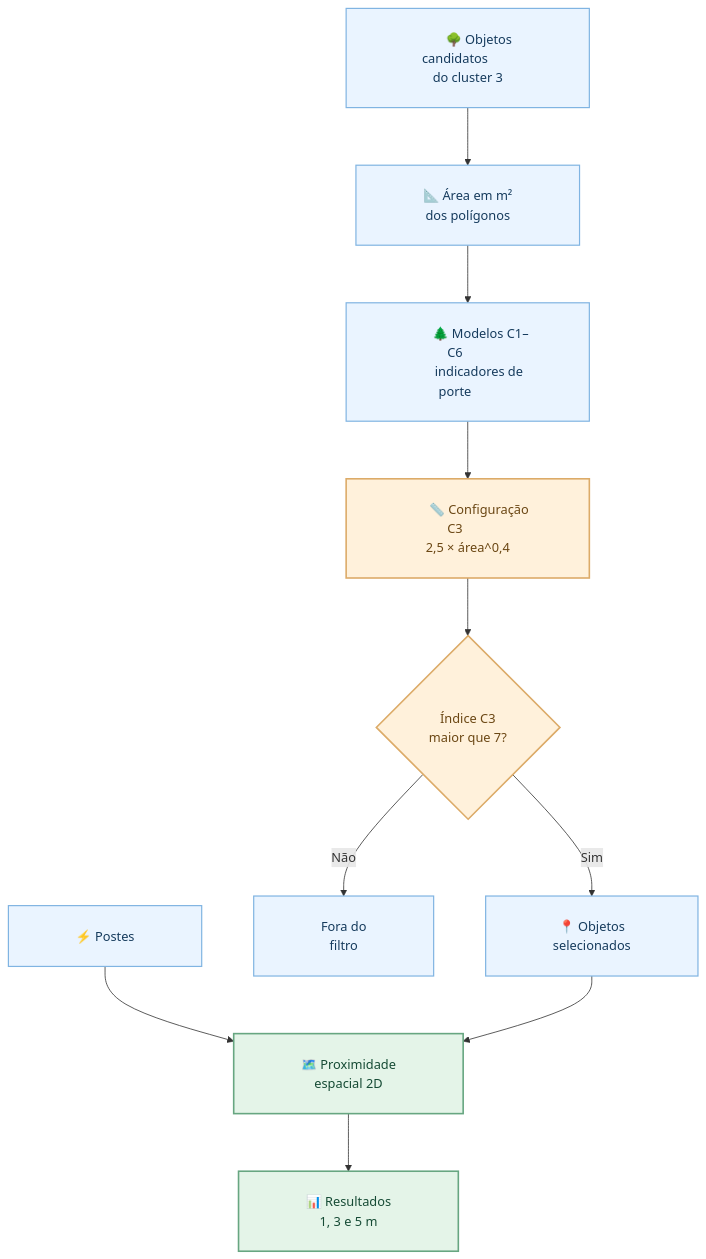
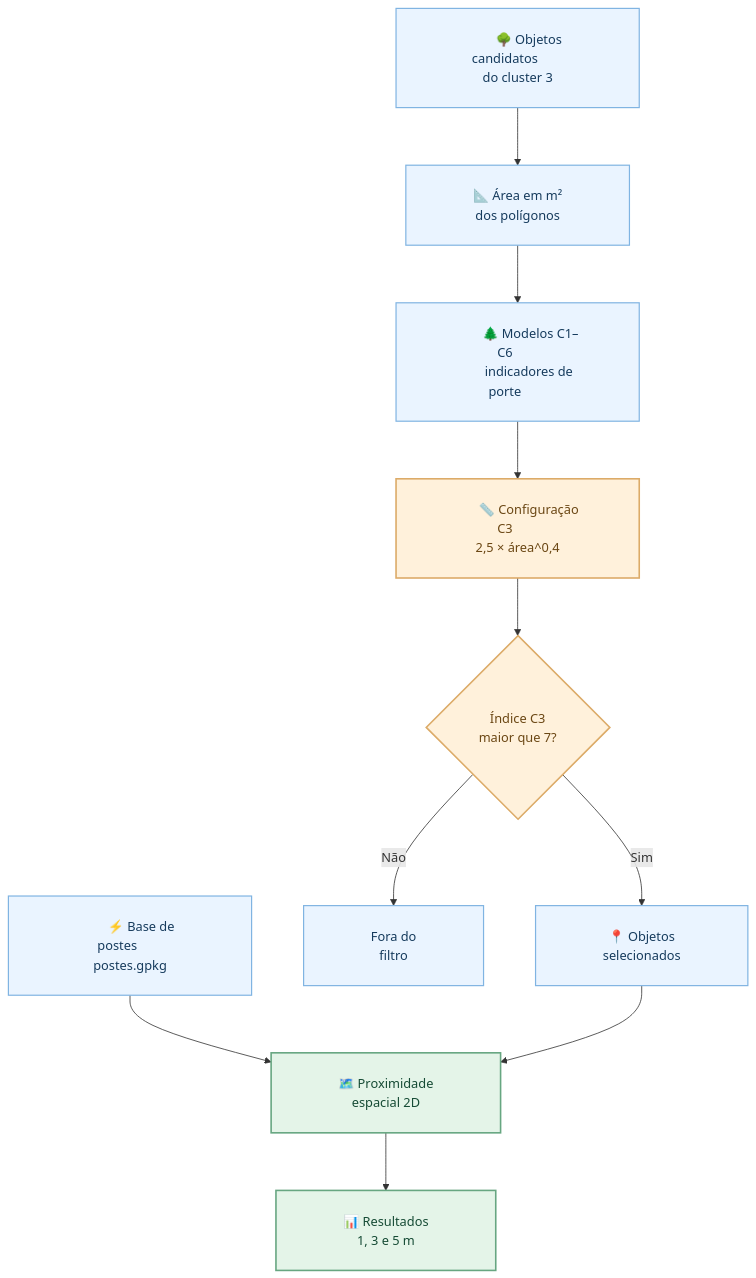
Before and after one commit to BrenoBragaGalvao/mestrado-arvores-urbanas: the second of 2 diagrams in README.md, drawn with Mermaid. The commit also changed other lines of this file, not shown here.

Commit message:
docs: manter texto completo da caixa de postes e aumentar largura com espacamento Mermaid

````diff
--- a/README.md
+++ b/README.md
@@ -124,20 +124,20 @@
 ```mermaid
 %%{init: {"flowchart": {"nodeSpacing": 65, "rankSpacing": 72, "padding": 26}, "themeVariables": {"fontFamily": "Arial, sans-serif", "fontSize": "16px"}}}%%
 flowchart TD
     A["&emsp;&emsp;🌳 Objetos candidatos&emsp;&emsp;<br/>&emsp;&emsp;do cluster 3&emsp;&emsp;"] --> B["&emsp;&emsp;📐 Área em m²&emsp;&emsp;<br/>&emsp;&emsp;dos polígonos&emsp;&emsp;"]
     B --> C["&emsp;&emsp;🌲 Modelos C1–C6&emsp;&emsp;<br/>&emsp;&emsp;indicadores de porte&emsp;&emsp;"]
     C --> D["&emsp;&emsp;📏 Configuração C3&emsp;&emsp;<br/>&emsp;&emsp;2,5 × área^0,4&emsp;&emsp;"]
     D --> E{"&emsp;Índice C3&emsp;<br/>&emsp;maior que 7?&emsp;"}
     E -->|Sim| F["&emsp;&emsp;📍 Objetos&emsp;&emsp;<br/>&emsp;&emsp;selecionados&emsp;&emsp;"]
     E -->|Não| G["&emsp;&emsp;Fora do&emsp;&emsp;<br/>&emsp;&emsp;filtro&emsp;&emsp;"]
-    H["&emsp;&emsp;⚡ Postes&emsp;&emsp;"] --> I["&emsp;&emsp;🗺️ Proximidade&emsp;&emsp;<br/>&emsp;&emsp;espacial 2D&emsp;&emsp;"]
+    H["&emsp;&emsp;⚡ Base de postes&emsp;&emsp;<br/>&emsp;&emsp;postes.gpkg&emsp;&emsp;"] --> I["&emsp;&emsp;🗺️ Proximidade&emsp;&emsp;<br/>&emsp;&emsp;espacial 2D&emsp;&emsp;"]
     F --> I
     I --> J["&emsp;&emsp;📊 Resultados&emsp;&emsp;<br/>&emsp;&emsp;1, 3 e 5 m&emsp;&emsp;"]
 
     classDef dados fill:#eaf4ff,stroke:#80b4e2,color:#163b5d,stroke-width:1.5px;
     classDef metodo fill:#e4f4e8,stroke:#67a681,color:#164b35,stroke-width:2px;
     classDef alerta fill:#fff1db,stroke:#dcab68,color:#6b4714,stroke-width:2px;
     class A,B,C,F,G,H dados;
     class D,E alerta;
     class I,J metodo;
 ```
````
